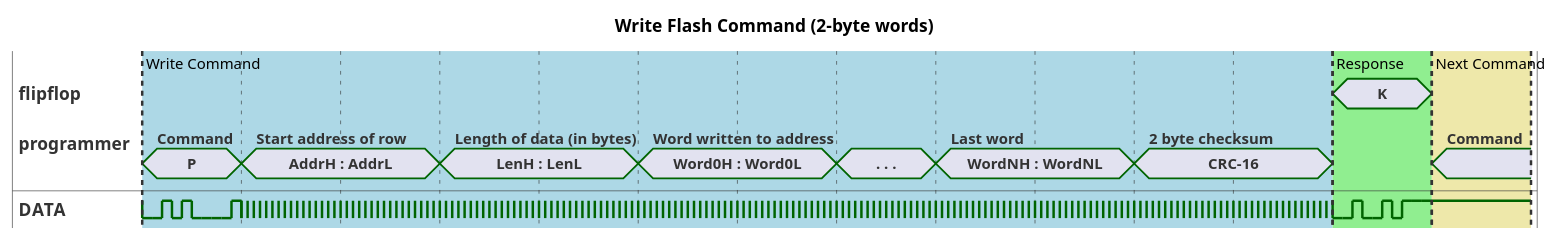
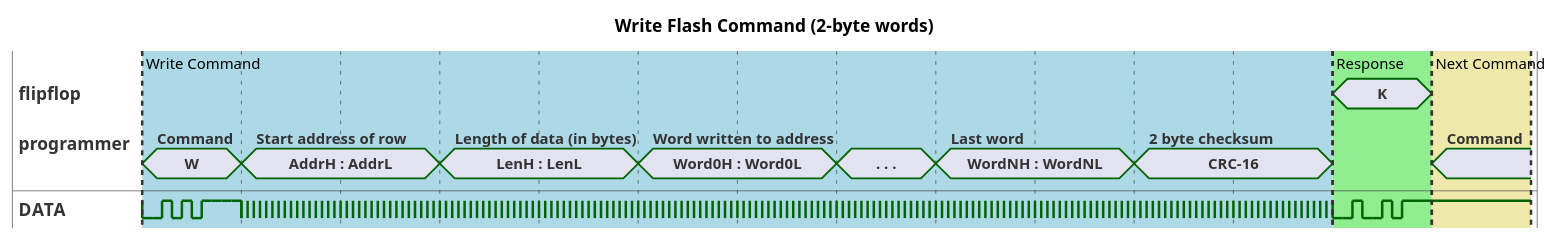
Before and after one commit to Rex--/flipflop: the diagram in docs/src/diagrams/write-command.puml, drawn with PlantUML. The commit also changed 1 other file, not shown here.

Commit message:
Fixed a bug when writing single words. Updated write command timing diagram to reflect actual command being sent.

```diff
--- a/docs/src/diagrams/write-command.puml
+++ b/docs/src/diagrams/write-command.puml
@@ -1,87 +1,87 @@
 @startuml write-command
 ' mode compact
 scale 10 as 80 pixels
 hide time-axis
 Title: Write Flash Command (2-byte words)
 
 compact concise "flipflop" as FF
 compact concise "programmer" as PG
 binary "DATA" as D
 
 D is high
 
 @10
-PG is P : Command
+PG is W : Command
 D is low
 @+1
 D is low
 @+1
 D is high
 @+1
 D is low
 @+1
 D is high
 @+1
 D is low
 @+1
-D is low
+D is high
 @+1
-D is low
+D is high
 @+1
-D is low
+D is high
 @+1
 D is high
 
 @20
 PG is "AddrH : AddrL" : Start address of row
 D is {high,low}
 
 @40
 PG is "LenH : LenL" : Length of data (in bytes)
 
 @60
 PG is "Word0H : Word0L" : Word written to address
 
 @80
 PG is ". . ."
 
 @90
 PG is "WordNH : WordNL" : Last word
 
 @110
 PG is "CRC-16" : 2 byte checksum
 
 @130
 FF is K
 PG is {hidden}
 D is low
 @+1
 D is low
 @+1
 D is high
 @+1
 D is low
 @+1
 D is low
 @+1
 D is high
 @+1
 D is low
 @+1
 D is high
 @+1
 D is high
 @+1
 D is high
 
 @140
 FF is {hidden}
 PG is "" : Command
 
 
 
 highlight 10 to 130 #LightBlue: Write Command
 highlight 130 to 140 #LightGreen: Response
 highlight 140 to 150 #PaleGoldenRod: Next Command
 
 @enduml
```
